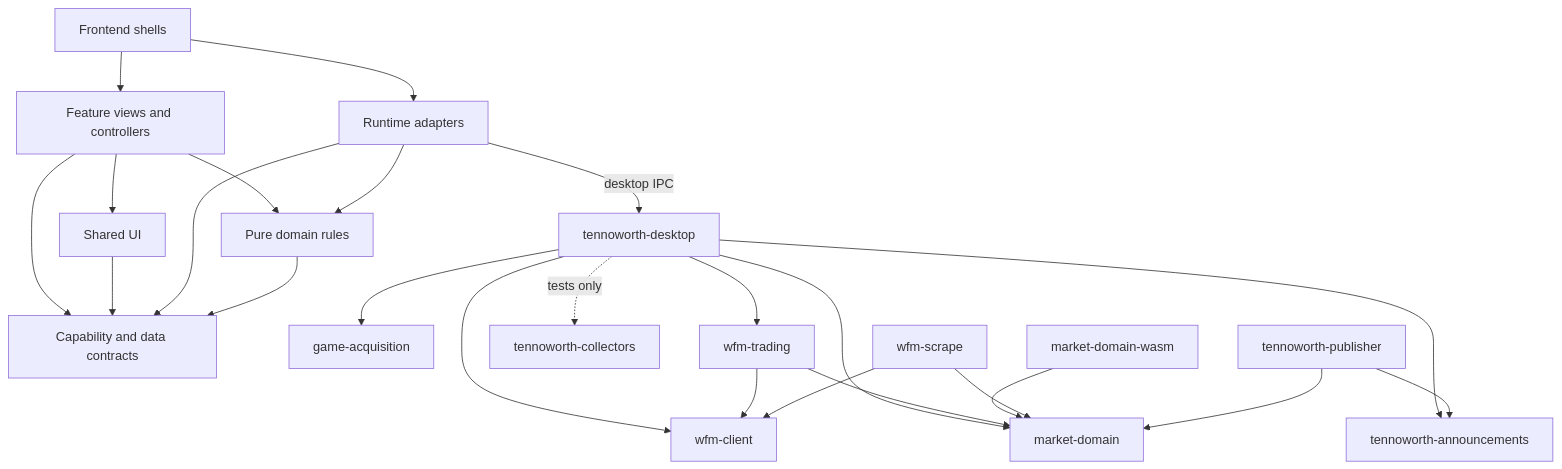
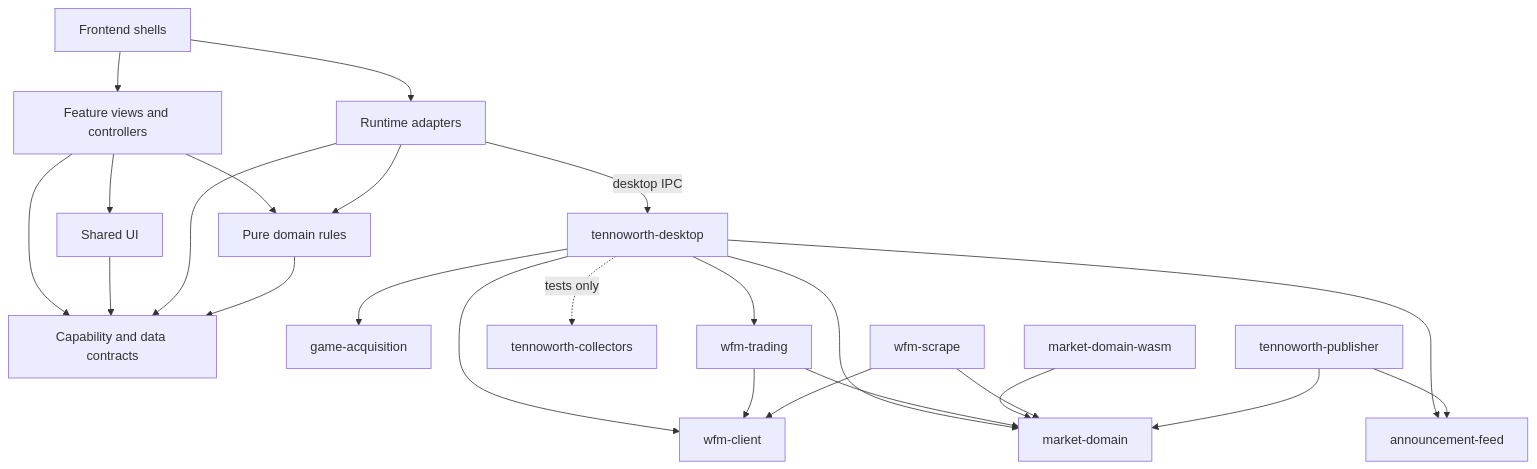
The diagram in docs/architecture.md (tennoworth/tennoworth), drawn with Mermaid before and after one commit. The commit also changed other lines of this file and 45 other files, not shown here.

````diff
--- a/docs/architecture.md
+++ b/docs/architecture.md
@@ -154,26 +155,26 @@
 ```mermaid
 flowchart TD
   Shells[Frontend shells] --> Features[Feature views and controllers]
   Shells --> Adapters[Runtime adapters]
   Features --> Contracts[Capability and data contracts]
   Features --> Domain[Pure domain rules]
   Features --> UI[Shared UI]
   UI --> Contracts
   Adapters --> Contracts
   Adapters --> Domain
   Domain --> Contracts
   Adapters -->|desktop IPC| Desktop[tennoworth-desktop]
   Desktop --> Acq[game-acquisition]
   Desktop --> Core[wfm-trading]
   Desktop --> Client[wfm-client]
   Desktop --> Market[market-domain]
-  Desktop --> Feed[tennoworth-announcements]
+  Desktop --> Feed[announcement-feed]
   Desktop -.->|tests only| Collectors[tennoworth-collectors]
   Core --> Client
   Core --> Market
   Wasm[market-domain-wasm] --> Market
   Scrape[wfm-scrape] --> Market
   Scrape --> Client
   Publisher[tennoworth-publisher] --> Feed
   Publisher --> Market
 ```
````
